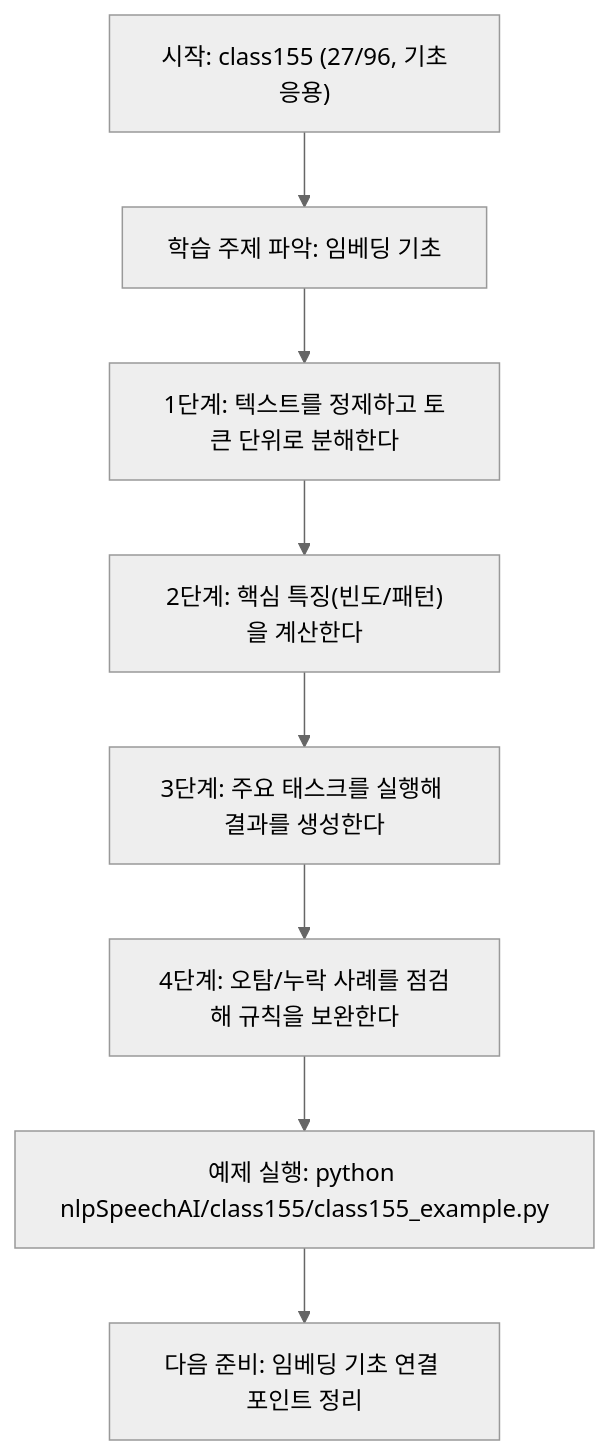
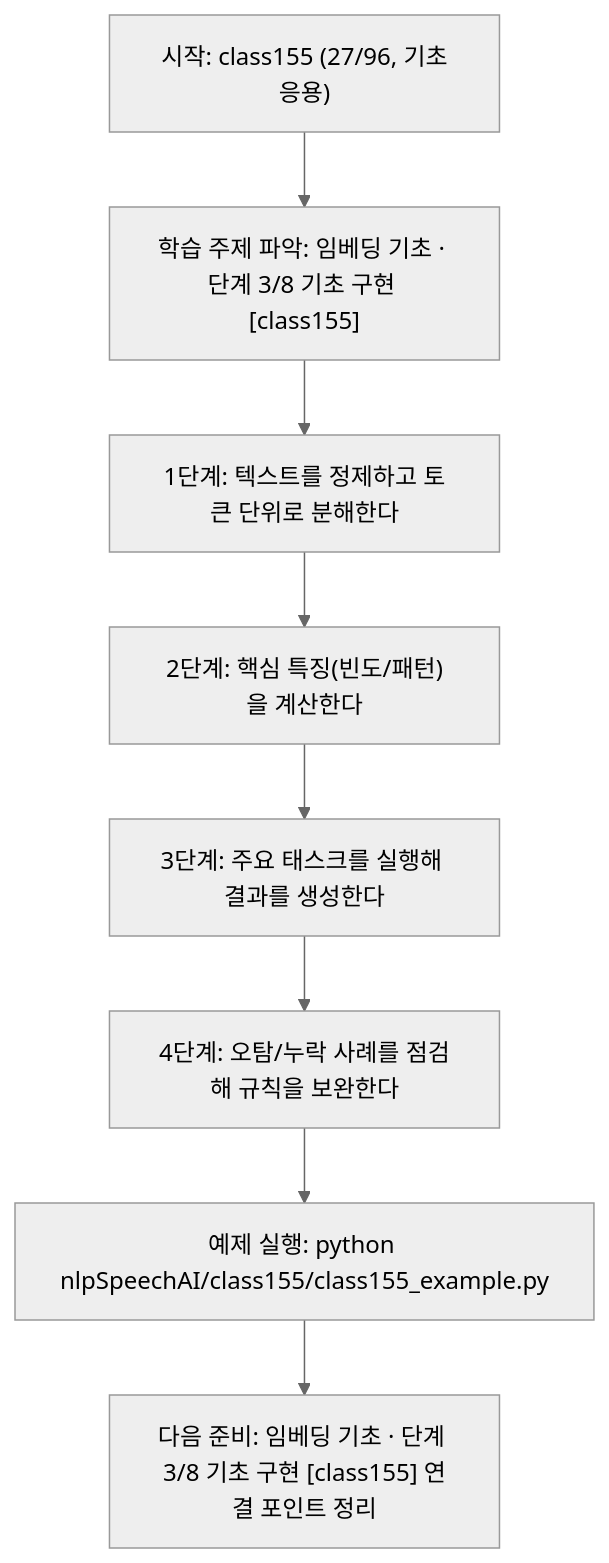
The diagram in nlpSpeechAI/class155/class155.md (edumgt/Python-AI_Agent-Class), drawn with Mermaid (neutral theme) before and after one commit. The commit also changed other lines of this file and 522 other files, not shown here.

````diff
--- a/nlpSpeechAI/class155/class155.md
+++ b/nlpSpeechAI/class155/class155.md
@@ -112,18 +113,18 @@
 ```mermaid
 flowchart TD
 N1["시작: class155 (27/96, 기초응용)"]
-N2["학습 주제 파악: 임베딩 기초"]
+N2["학습 주제 파악: 임베딩 기초 · 단계 3/8 기초 구현 [class155]"]
 N3["1단계: 텍스트를 정제하고 토큰 단위로 분해한다"]
 N4["2단계: 핵심 특징(빈도/패턴)을 계산한다"]
 N5["3단계: 주요 태스크를 실행해 결과를 생성한다"]
 N6["4단계: 오탐/누락 사례를 점검해 규칙을 보완한다"]
 N7["예제 실행: python nlpSpeechAI/class155/class155_example.py"]
-N8["다음 준비: 임베딩 기초 연결 포인트 정리"]
+N8["다음 준비: 임베딩 기초 · 단계 3/8 기초 구현 [class155] 연결 포인트 정리"]
 N1 --> N2
 N2 --> N3
 N3 --> N4
 N4 --> N5
 N5 --> N6
 N6 --> N7
 N7 --> N8
 ```
````
